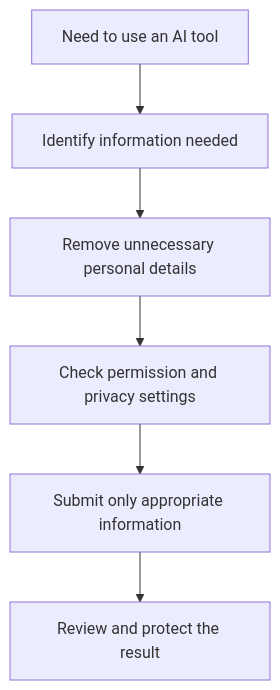
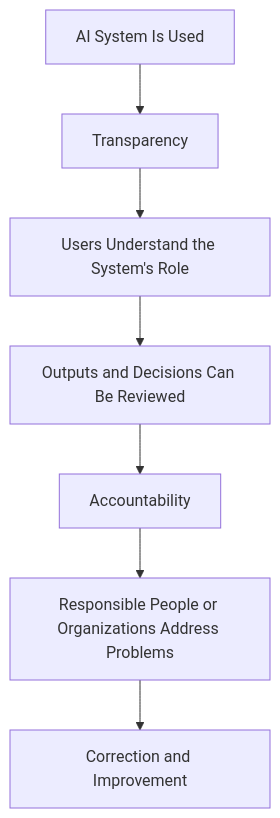
The first of 3 diagrams in content/05_ethical-and-responsible-use.md (NicolausLionel/SLN), drawn with Mermaid before and after one commit. The commit also changed other lines of this file, not shown here.

````diff
--- a/content/05_ethical-and-responsible-use.md
+++ b/content/05_ethical-and-responsible-use.md
@@ -48,8 +528,9 @@
 ```mermaid
 flowchart TD
- A[Need to use an AI tool] --> B[Identify information needed]
- B --> C[Remove unnecessary personal details]
- C --> D[Check permission and privacy settings]
- D --> E[Submit only appropriate information]
- E --> F[Review and protect the result]
+    A["AI System Is Used"] --> B["Transparency"]
+    B --> C["Users Understand the System's Role"]
+    C --> D["Outputs and Decisions Can Be Reviewed"]
+    D --> E["Accountability"]
+    E --> F["Responsible People or Organizations Address Problems"]
+    F --> G["Correction and Improvement"]
 ```
````
